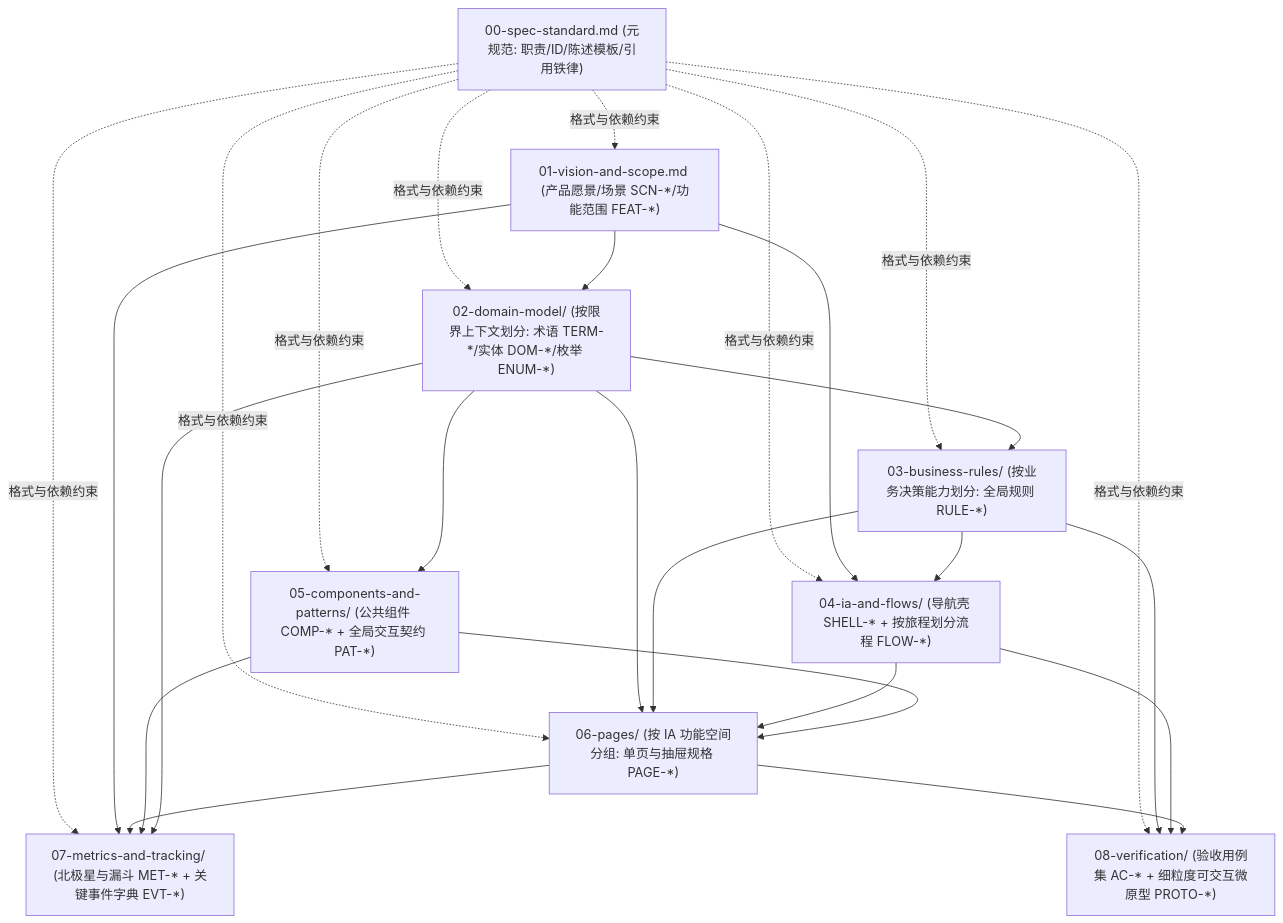
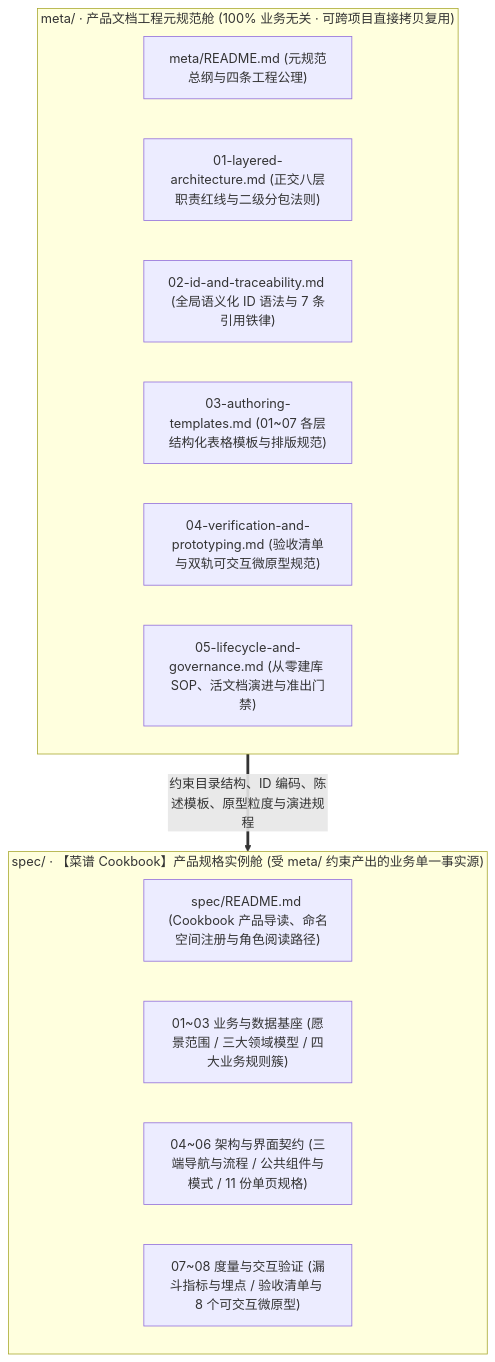
One commit to icecream154/Cookbook changed the diagram in Product/README.md. Above: the diagram before and after it, drawn with Mermaid. The commit also changed other lines of this file and 59 other files, not shown here.

Commit message:
feat: impl product meta and spec separate

````diff
--- a/Product/README.md
+++ b/Product/README.md
@@ -9,20 +9,20 @@
 ```mermaid
-flowchart TD
-    M0["00-spec-standard.md (元规范: 职责/ID/陈述模板/引用铁律)"]
-    M1["01-vision-and-scope.md (产品愿景/场景 SCN-*/功能范围 FEAT-*)"]
-    M2["02-domain-model/ (按限界上下文划分: 术语 TERM-*/实体 DOM-*/枚举 ENUM-*)"]
-    M3["03-business-rules/ (按业务决策能力划分: 全局规则 RULE-*)"]
-    M4["04-ia-and-flows/ (导航壳 SHELL-* + 按旅程划分流程 FLOW-*)"]
-    M5["05-components-and-patterns/ (公共组件 COMP-* + 全局交互契约 PAT-*)"]
-    M6["06-pages/ (按 IA 功能空间分组: 单页与抽屉规格 PAGE-*)"]
-    M7["07-metrics-and-tracking/ (北极星与漏斗 MET-* + 关键事件字典 EVT-*)"]
-    M8["08-verification/ (验收用例集 AC-* + 细粒度可交互微原型 PROTO-*)"]
+flowchart TB
+    subgraph META["meta/ · 产品文档工程元规范舱 (100% 业务无关 · 可跨项目直接拷贝复用)"]
+        M0["meta/README.md (元规范总纲与四条工程公理)"]
+        M1["01-layered-architecture.md (正交八层职责红线与二级分包法则)"]
+        M2["02-id-and-traceability.md (全局语义化 ID 语法与 7 条引用铁律)"]
+        M3["03-authoring-templates.md (01~07 各层结构化表格模板与排版规范)"]
+        M4["04-verification-and-prototyping.md (验收清单与双轨可交互微原型规范)"]
+        M5["05-lifecycle-and-governance.md (从零建库 SOP、活文档演进与准出门禁)"]
+    end
 
-    M0 -. "格式与依赖约束" .-> M1 & M2 & M3 & M4 & M5 & M6 & M7 & M8
-    M1 --> M2 & M4 & M7
-    M2 --> M3 & M5
-    M3 --> M4
-    M2 & M3 & M4 & M5 --> M6
-    M6 & M5 & M2 --> M7
-    M3 & M4 & M6 --> M8
+    subgraph SPEC["spec/ · 【菜谱 Cookbook】产品规格实例舱 (受 meta/ 约束产出的业务单一事实源)"]
+        S0["spec/README.md (Cookbook 产品导读、命名空间注册与角色阅读路径)"]
+        S1["01~03 业务与数据基座 (愿景范围 / 三大领域模型 / 四大业务规则簇)"]
+        S2["04~06 架构与界面契约 (三端导航与流程 / 公共组件与模式 / 11 份单页规格)"]
+        S3["07~08 度量与交互验证 (漏斗指标与埋点 / 验收清单与 8 个可交互微原型)"]
+    end
+
+    META == "约束目录结构、ID 编码、陈述模板、原型粒度与演进规程" ==> SPEC
 ```
````
